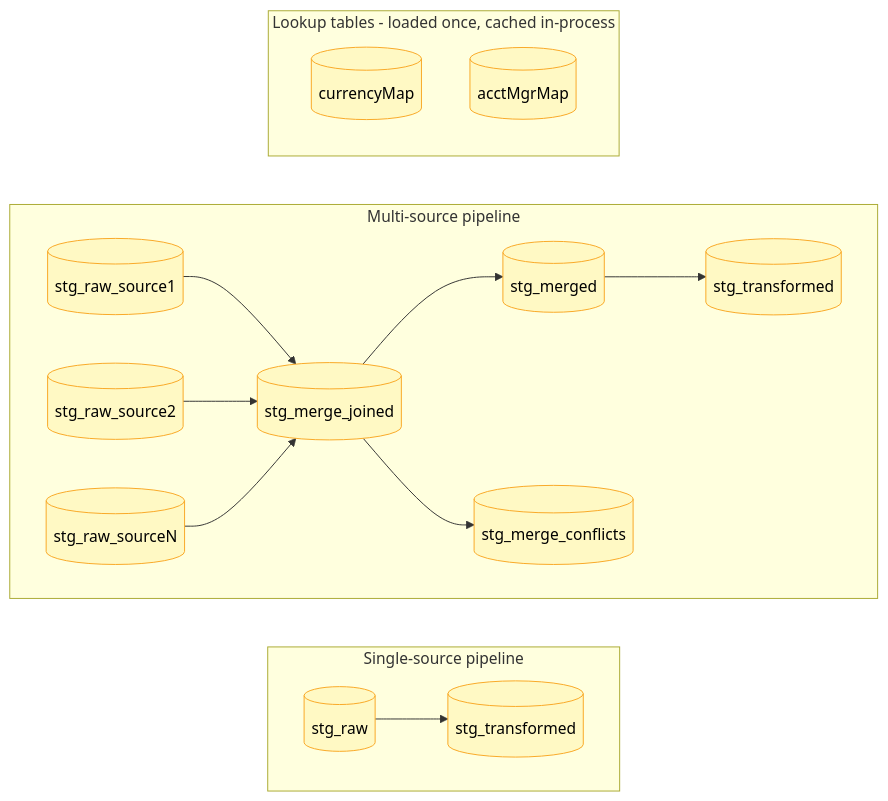
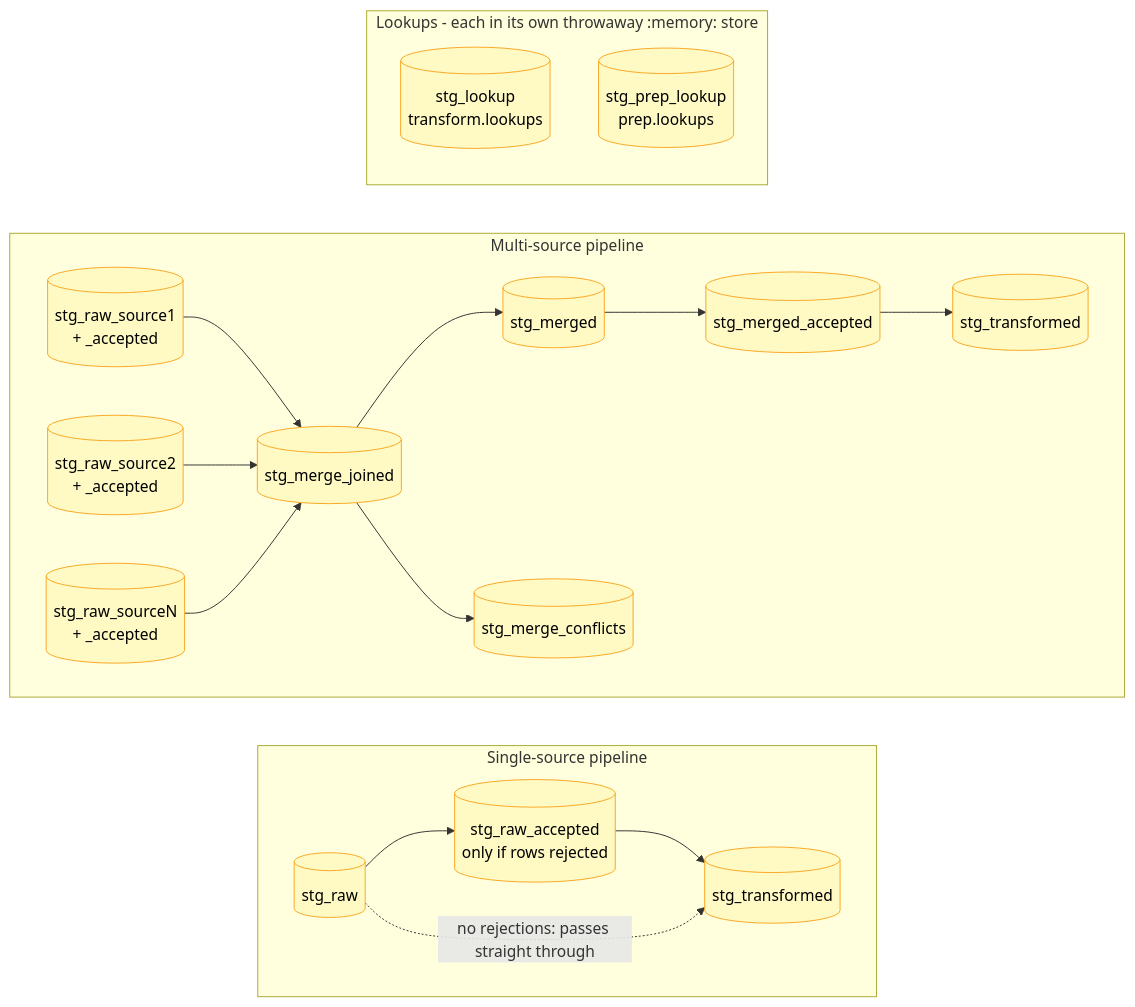
Before and after one commit to caracal-lynx/sluice: diagram 11 of 15 in docs/architecture-diagrams.md, drawn with Mermaid. The commit also changed other lines of this file, not shown here.

First line of the commit message:
docs(sluice): correct the architecture diagrams and add a stages overview (#99)

````diff
--- a/docs/architecture-diagrams.md
+++ b/docs/architecture-diagrams.md
@@ -495,33 +618,35 @@
 ```mermaid
 flowchart LR
     classDef t fill:#FFF9C4,stroke:#F9A825,color:#000
     classDef drop fill:#FFCDD2,stroke:#C62828,color:#000,stroke-dasharray: 5 3
 
     subgraph Single[Single-source pipeline]
       direction LR
-      R1[(stg_raw)]:::t --> X1[(stg_transformed)]:::t
+      R1[(stg_raw)]:::t --> A1[(stg_raw_accepted<br/>only if rows rejected)]:::t --> X1[(stg_transformed)]:::t
+      R1 -.no rejections: passes straight through.-> X1
     end
 
     subgraph Multi[Multi-source pipeline]
       direction LR
-      RA[(stg_raw_source1)]:::t
-      RB[(stg_raw_source2)]:::t
-      RC[(stg_raw_sourceN)]:::t
+      RA[(stg_raw_source1<br/>+ _accepted)]:::t
+      RB[(stg_raw_source2<br/>+ _accepted)]:::t
+      RC[(stg_raw_sourceN<br/>+ _accepted)]:::t
       J[(stg_merge_joined)]:::t
       M[(stg_merged)]:::t
+      MA[(stg_merged_accepted)]:::t
       C[(stg_merge_conflicts)]:::t
       XT[(stg_transformed)]:::t
 
       RA --> J
       RB --> J
       RC --> J
       J --> M
       J --> C
-      M --> XT
+      M --> MA --> XT
     end
 
-    subgraph Lookups[Lookup tables - loaded once, cached in-process]
-      L1[(currencyMap)]:::t
-      L2[(acctMgrMap)]:::t
+    subgraph Lookups[Lookups - each in its own throwaway :memory: store]
+      L1[(stg_lookup<br/>transform.lookups)]:::t
+      L2[(stg_prep_lookup<br/>prep.lookups)]:::t
     end
 ```
````
